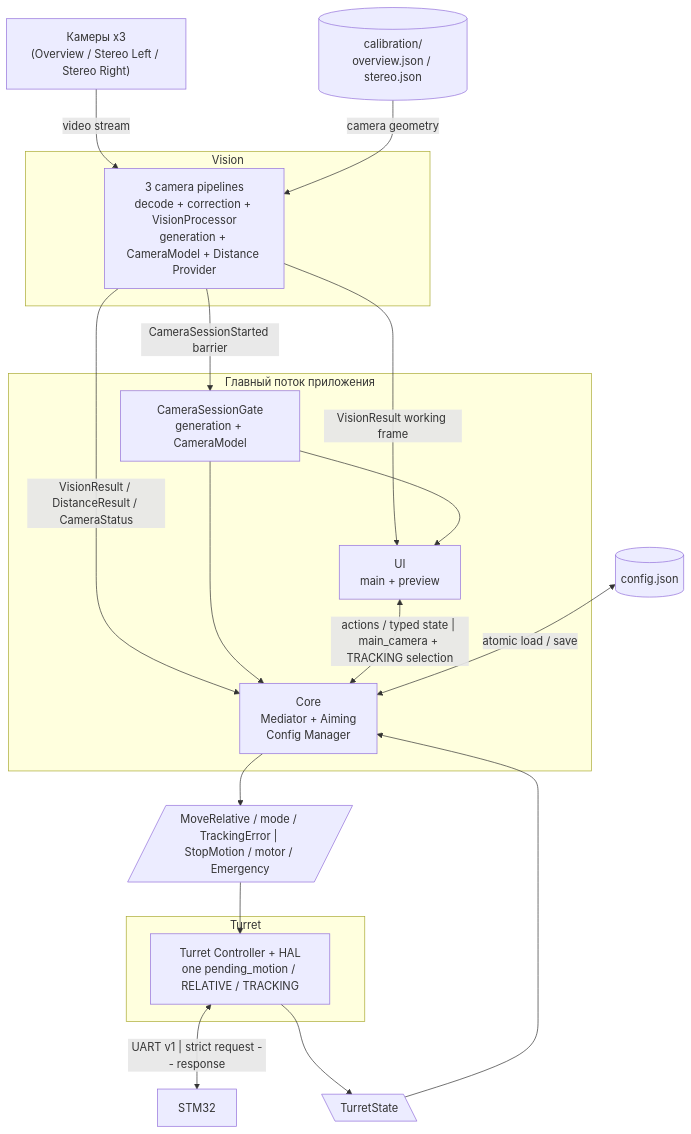
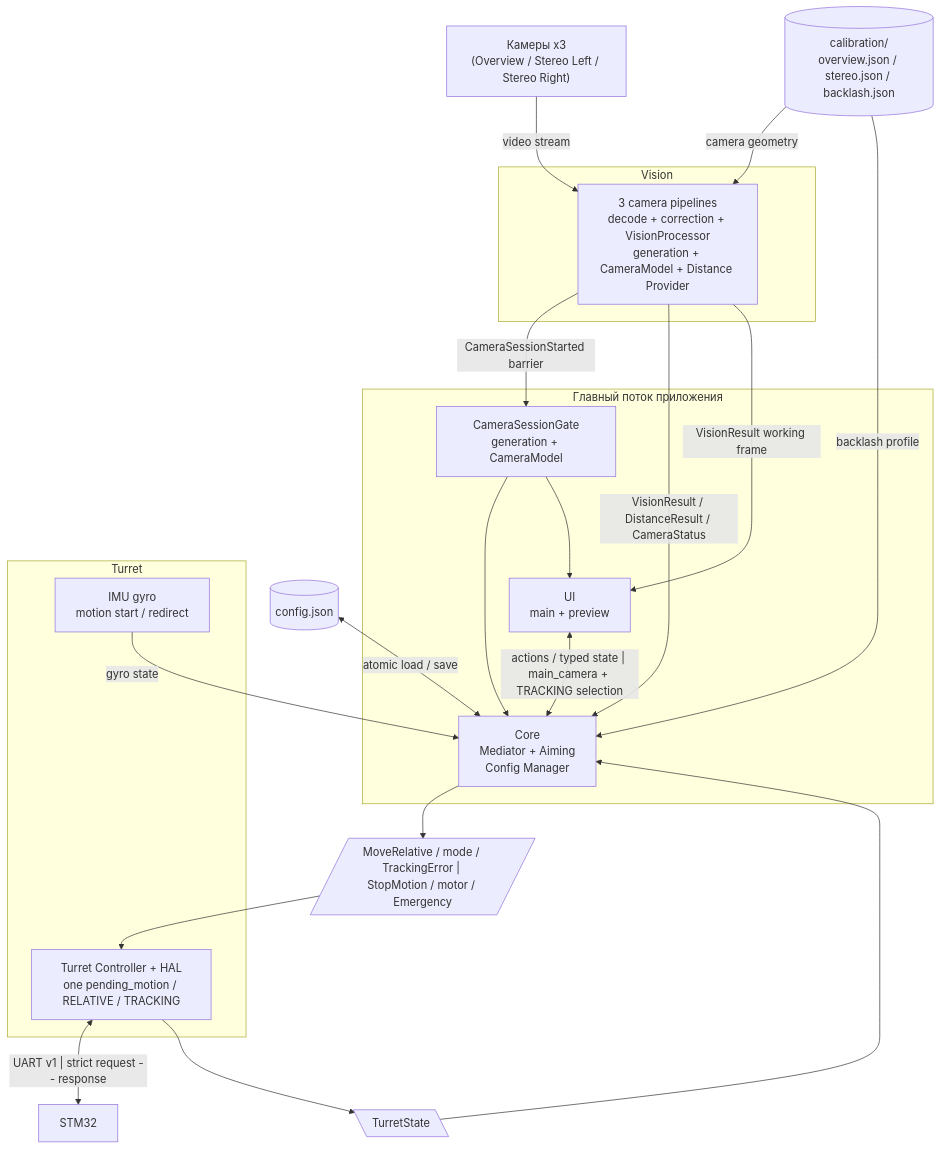
One commit to BelkaT4/navmin changed the diagram in docs/dev/diagrams/overview-diagram.mmd. Above: the diagram before and after it, drawn with Mermaid. The commit also changed 25 other files, not shown here.

Commit message:
feat(turret): add standalone gyro-based backlash calibration

```diff
--- a/docs/dev/diagrams/overview-diagram.mmd
+++ b/docs/dev/diagrams/overview-diagram.mmd
@@ -1,36 +1,39 @@
 flowchart TB
   cameras["Камеры x3<br>(Overview / Stereo Left / Stereo Right)"]
   stm32["STM32"]
   config_file[("config.json")]
-  calibration[("calibration/<br>overview.json / stereo.json")]
+  calibration[("calibration/<br>overview.json / stereo.json / backlash.json")]
   n1[/"MoveRelative / mode / TrackingError | StopMotion / motor / Emergency"/]
   n1_2[\"TurretState"\]
   subgraph vision ["Vision"]
     vision_module["3 camera pipelines<br>decode + correction + VisionProcessor<br>generation + CameraModel + Distance Provider"]
   end
   subgraph main_thread ["Главный поток приложения"]
     session_gate["CameraSessionGate<br>generation + CameraModel"]
     ui["UI<br>main + preview"]
     core["Core<br>Mediator + Aiming<br>Config Manager"]
   end
   subgraph turret ["Turret"]
     turret_module["Turret Controller + HAL<br>one pending_motion / RELATIVE / TRACKING"]
+  imu["IMU gyro<br/>motion start / redirect"]
   end
 
   cameras -->|"video stream"| vision_module
   calibration -->|"camera geometry"| vision_module
+  calibration -->|"backlash profile"| core
+  imu -->|"gyro state"| core
   vision_module -->|"CameraSessionStarted barrier"| session_gate
   vision_module -->|"VisionResult / DistanceResult / CameraStatus"| core
   vision_module -->|"VisionResult working frame"| ui
   session_gate --> core
   session_gate --> ui
   ui <-->|"actions / typed state | main_camera + TRACKING selection"| core
   turret_module <-->|"UART v1 | strict request -- response"| stm32
   config_file <-->|"atomic load / save"| core
   turret_module --> n1_2
   n1_2 --> core
   core --> n1
   n1 --> turret_module
-%% graph:positions {"vision":{"x":-576,"y":358,"w":324,"h":230},"main_thread":{"x":56,"y":180,"w":414,"h":422},"turret":{"x":912,"y":418,"w":250,"h":170},"cameras":{"x":-495,"y":199,"w":172,"h":59},"stm32":{"x":945,"y":258,"w":172,"h":54},"config_file":{"x":240,"y":732},"calibration":{"x":-495,"y":706,"w":172,"h":90},"n1":{"x":588,"y":418,"w":208,"h":78},"n1_2":{"x":588,"y":510,"w":208,"h":78},"vision_module":{"x":75,"y":66,"w":184,"h":98},"session_gate":{"x":184,"y":60},"ui":{"x":52,"y":178},"core":{"x":184,"y":312},"turret_module":{"x":33,"y":58,"w":172,"h":59}}
+%% graph:positions {"vision":{"x":-576,"y":358,"w":324,"h":230},"main_thread":{"x":56,"y":180,"w":414,"h":422},"turret":{"x":912,"y":418,"w":250,"h":170},"cameras":{"x":-495,"y":199,"w":172,"h":59},"stm32":{"x":945,"y":258,"w":172,"h":54},"config_file":{"x":240,"y":732},"calibration":{"x":-495,"y":706,"w":220,"h":120},"imu":{"x":945,"y":706,"w":172,"h":60},"n1":{"x":588,"y":418,"w":208,"h":78},"n1_2":{"x":588,"y":510,"w":208,"h":78},"vision_module":{"x":75,"y":66,"w":184,"h":98},"session_gate":{"x":184,"y":60},"ui":{"x":52,"y":178},"core":{"x":184,"y":312},"turret_module":{"x":33,"y":58,"w":172,"h":59}}
 %% graph:waypoints {"vision_module>session_gate":[[-119,453]]}
 %% graph:edges {"cameras>vision_module":{"label":[1,-23]},"vision_module>session_gate":{"label":[58,-101]},"vision_module>core":{"label":[-41,38]},"vision_module>ui":{"label":[79,-77]},"session_gate>core":{"label":[-35,5]},"session_gate>ui":{"label":[35,5]},"ui>core":{"label":[133,-86]},"turret_module>stm32":{"label":[1,-24]},"config_file>core":{"label":[0,16]}}
```
